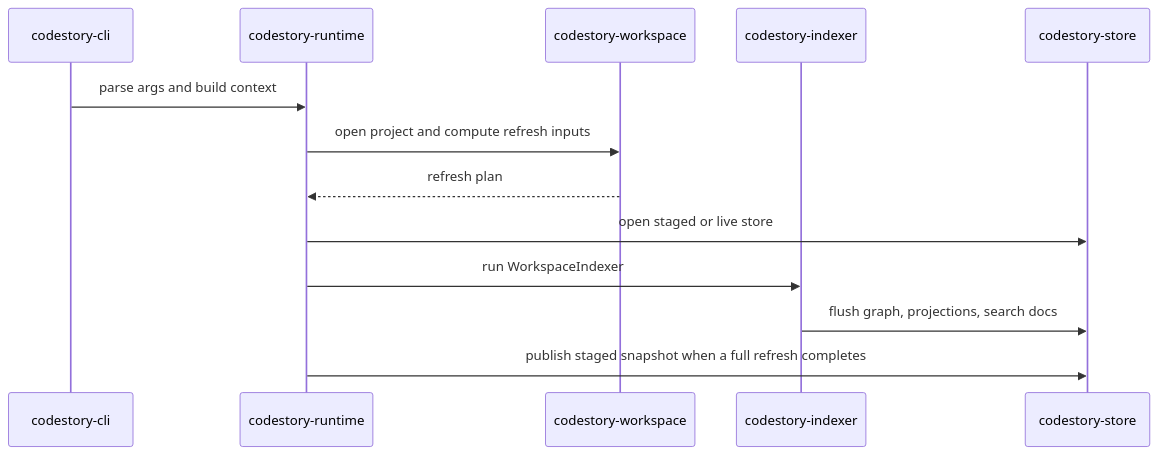
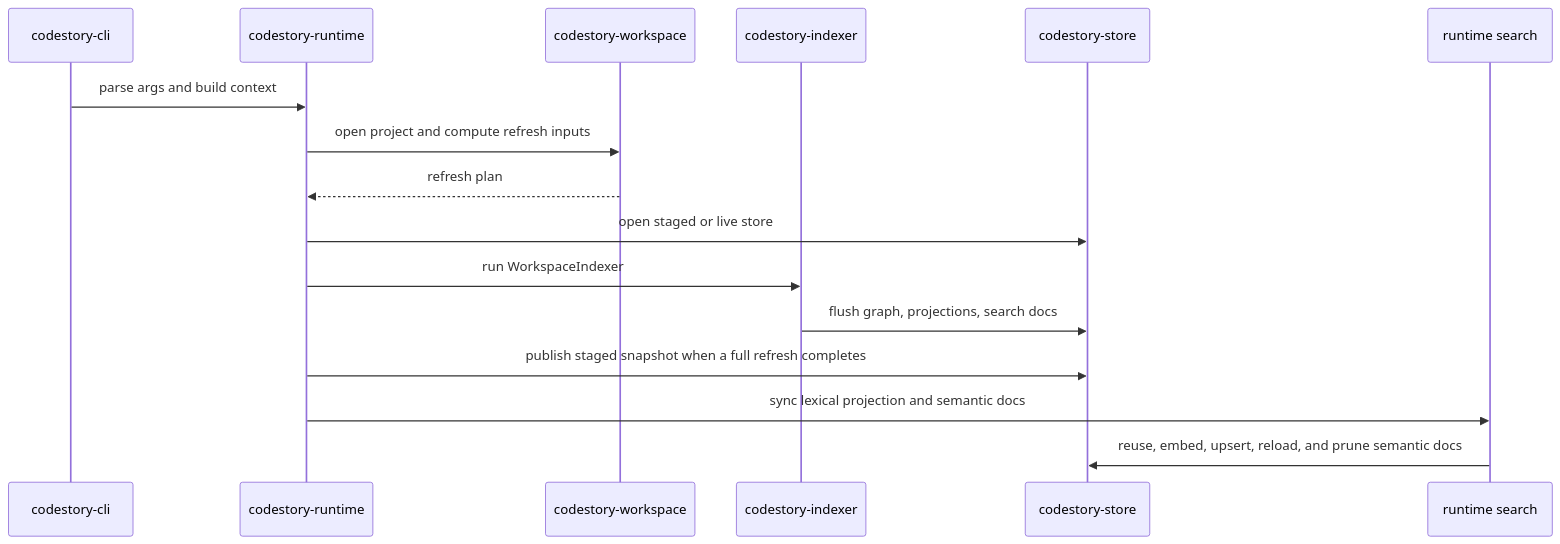
The first of 3 diagrams in docs/architecture/runtime-execution-path.md (TheGreenCedar/CodeStory), drawn with Mermaid before and after one commit. The commit also changed other lines of this file and 10 other files, not shown here.

Commit message:
Document index CLI options and semantic sync behavior

````diff
--- a/docs/architecture/runtime-execution-path.md
+++ b/docs/architecture/runtime-execution-path.md
@@ -8,16 +8,19 @@
 ```mermaid
 sequenceDiagram
     participant CLI as codestory-cli
     participant Runtime as codestory-runtime
     participant Workspace as codestory-workspace
     participant Indexer as codestory-indexer
     participant Store as codestory-store
+    participant Search as runtime search
 
     CLI->>Runtime: parse args and build context
     Runtime->>Workspace: open project and compute refresh inputs
     Workspace-->>Runtime: refresh plan
     Runtime->>Store: open staged or live store
     Runtime->>Indexer: run WorkspaceIndexer
     Indexer->>Store: flush graph, projections, search docs
     Runtime->>Store: publish staged snapshot when a full refresh completes
+    Runtime->>Search: sync lexical projection and semantic docs
+    Search->>Store: reuse, embed, upsert, reload, and prune semantic docs
 ```
````
